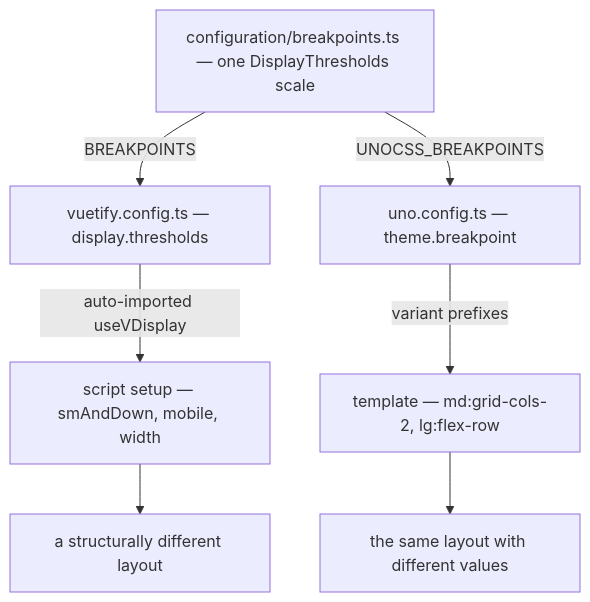
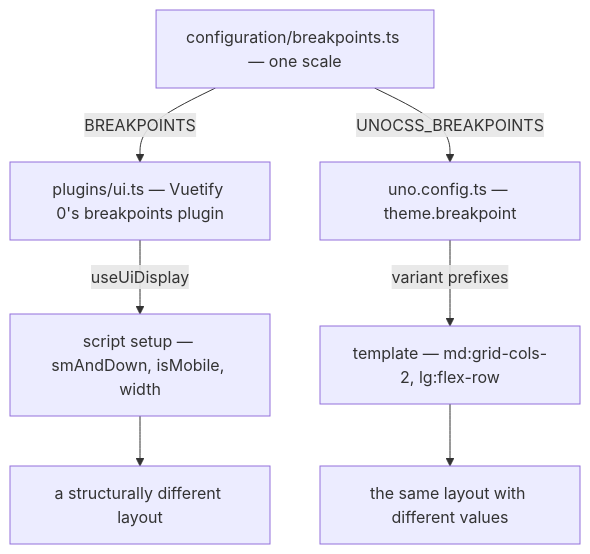
The diagram in apps/web/content/docs/architecture/responsive.md (Esposter/Esposter), drawn with Mermaid before and after one commit. The commit also changed other lines of this file and 70 other files, not shown here.

First line of the commit message:
refactor(ui): the theme, breakpoints and hotkeys are Vuetify 0's, and a mode or style is a choice the reader sees whole

````diff
--- a/apps/web/content/docs/architecture/responsive.md
+++ b/apps/web/content/docs/architecture/responsive.md
@@ -12,10 +12,10 @@
 ```mermaid
 flowchart TD
-  scale["configuration/breakpoints.ts — one DisplayThresholds scale"]
-  scale -->|"BREAKPOINTS"| vuetify["vuetify.config.ts — display.thresholds"]
+  scale["configuration/breakpoints.ts — one scale"]
+  scale -->|"BREAKPOINTS"| plugin["plugins/ui.ts — Vuetify 0's breakpoints plugin"]
   scale -->|"UNOCSS_BREAKPOINTS"| uno["uno.config.ts — theme.breakpoint"]
-  vuetify -->|"auto-imported useVDisplay"| script["script setup — smAndDown, mobile, width"]
+  plugin -->|"useUiDisplay"| script["script setup — smAndDown, isMobile, width"]
   uno -->|"variant prefixes"| template["template — md:grid-cols-2, lg:flex-row"]
   script --> layout["a structurally different layout"]
   template --> values["the same layout with different values"]
 ```
````
